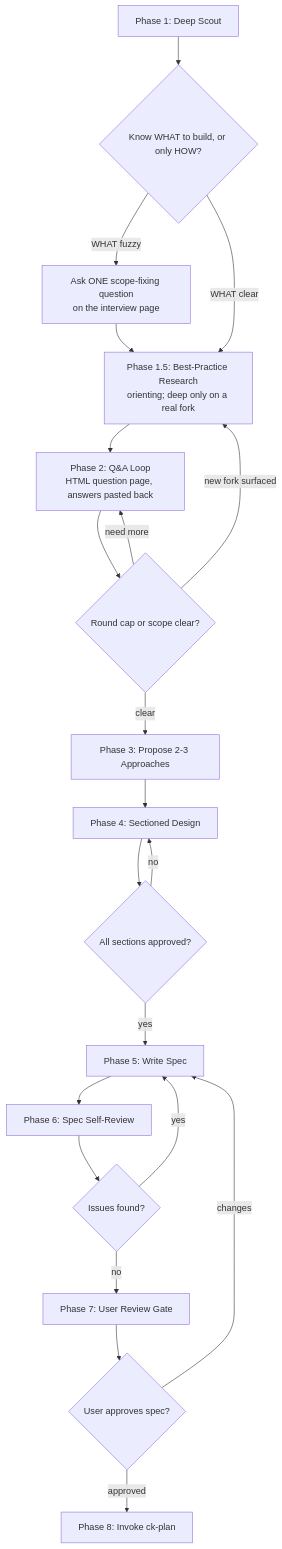
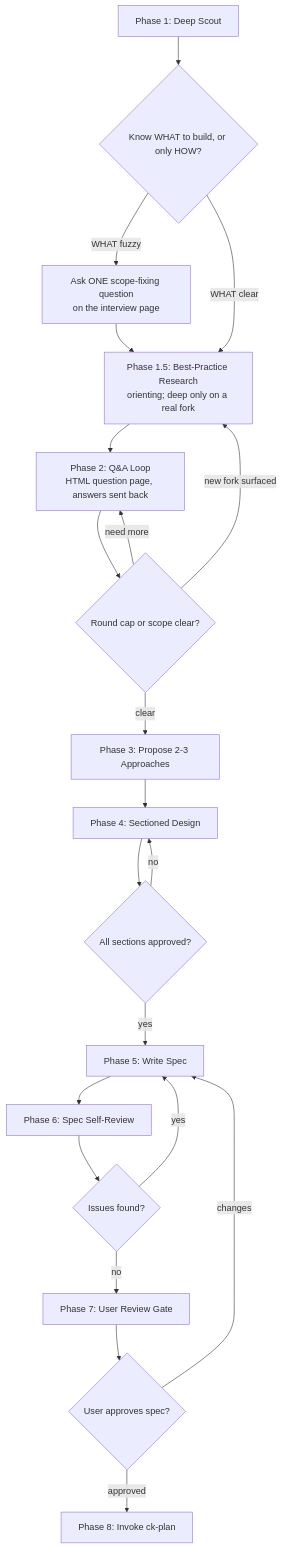
One commit to dphong1995/skills changed the diagram in skills/brainstorm-pro/SKILL.md. Above: the diagram before and after it, drawn with Mermaid. The commit also changed other lines of this file and 7 other files, not shown here.

Commit message:
Send interview answers back through a local server, link file paths, add screenshots and wireframe mockups, and style the page with Tailwind

````diff
--- a/skills/brainstorm-pro/SKILL.md
+++ b/skills/brainstorm-pro/SKILL.md
@@ -60,22 +60,22 @@
 ```mermaid
 flowchart TD
     A[Phase 1: Deep Scout] --> W{Know WHAT to build, or only HOW?}
     W -->|WHAT fuzzy| Q0[Ask ONE scope-fixing question<br/>on the interview page] --> R
     W -->|WHAT clear| R[Phase 1.5: Best-Practice Research<br/>orienting; deep only on a real fork]
-    R --> B[Phase 2: Q&A Loop<br/>HTML question page, answers pasted back]
+    R --> B[Phase 2: Q&A Loop<br/>HTML question page, answers sent back]
     B --> C{Round cap or scope clear?}
     C -->|need more| B
     C -->|new fork surfaced| R
     C -->|clear| D[Phase 3: Propose 2-3 Approaches]
     D --> E[Phase 4: Sectioned Design]
     E --> F{All sections approved?}
     F -->|no| E
     F -->|yes| G[Phase 5: Write Spec]
     G --> H[Phase 6: Spec Self-Review]
     H --> I{Issues found?}
     I -->|yes| G
     I -->|no| J[Phase 7: User Review Gate]
     J --> K{User approves spec?}
     K -->|changes| G
     K -->|approved| L[Phase 8: Invoke ck-plan]
 ```
````
